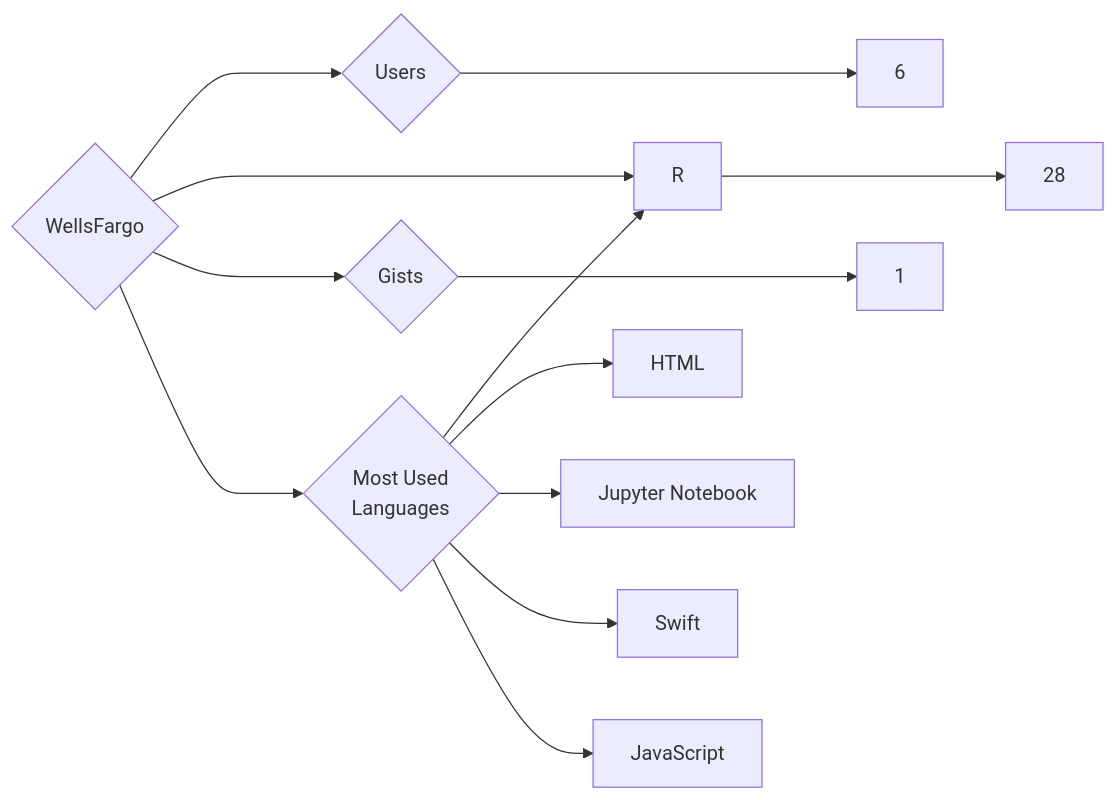
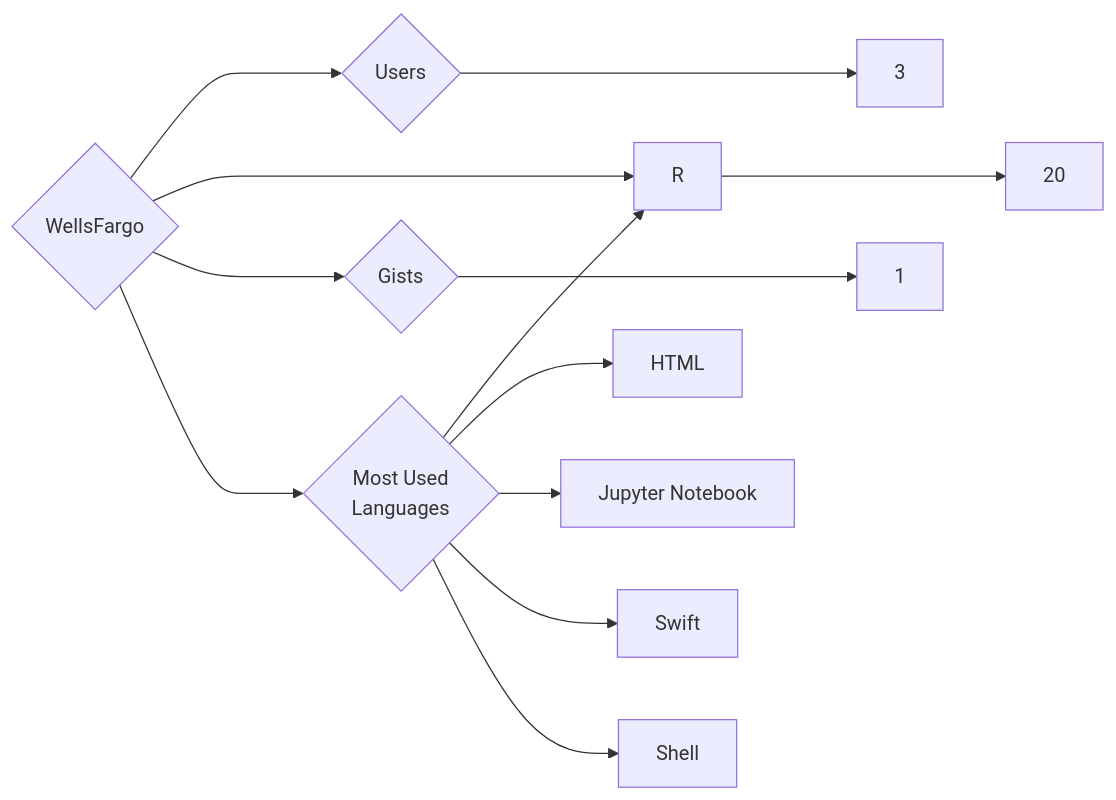
One commit to trickest/insiders changed the diagram in targets/WellsFargo/README.md. Above: the diagram before and after it, drawn with Mermaid. The commit also changed 728 other files, not shown here.

````diff
--- a/targets/WellsFargo/README.md
+++ b/targets/WellsFargo/README.md
@@ -3,13 +3,13 @@
 ```mermaid
 graph LR
 COMPANY_NAME{WellsFargo}
-COMPANY_NAME ---> U{Users} ---> UN[6]
-COMPANY_NAME ---> R{Repositories} ---> RN[28]
+COMPANY_NAME ---> U{Users} ---> UN[3]
+COMPANY_NAME ---> R{Repositories} ---> RN[20]
 COMPANY_NAME ---> G{Gists} ---> GN[1]
 COMPANY_NAME ---> ML{Most Used<br>Languages}
 ML --> R[R]
 ML --> HTML[HTML]
 ML --> Jupyter_Notebook[Jupyter Notebook]
 ML --> Swift[Swift]
-ML --> JavaScript[JavaScript]
+ML --> Shell[Shell]
 ```
````
